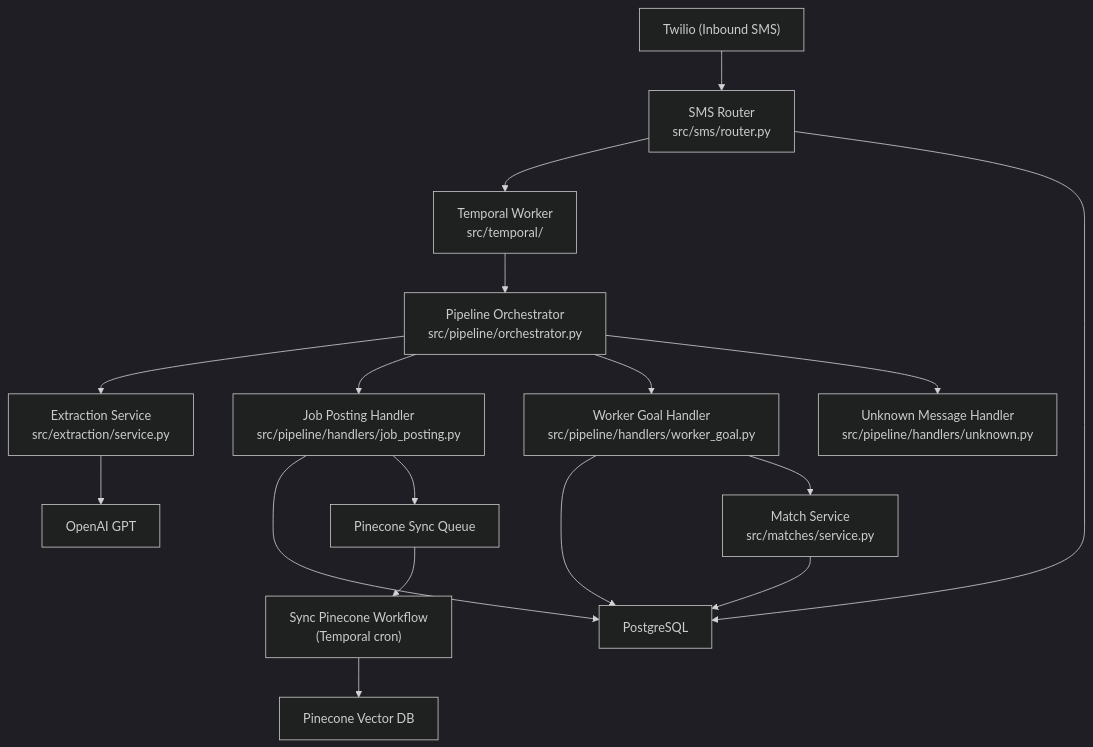
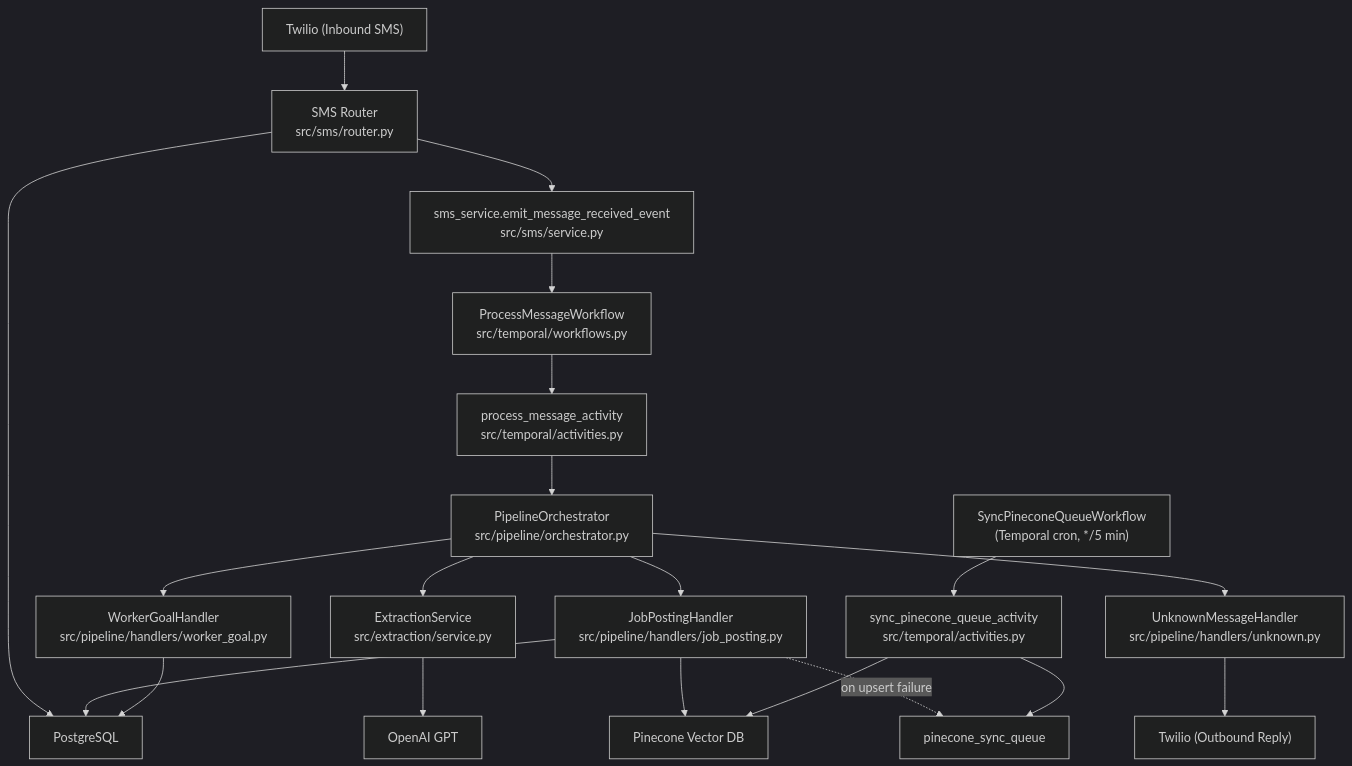
One commit to ahcarpenter/vici changed the diagram in docs/ARCHITECTURE.md. Above: the diagram before and after it, drawn with Mermaid (dark theme). The commit also changed other lines of this file and 6 other files, not shown here.

````diff
--- a/docs/ARCHITECTURE.md
+++ b/docs/ARCHITECTURE.md
@@ -10,19 +10,22 @@
 ```mermaid
 graph TD
-    Twilio["Twilio (Inbound SMS)"] --> Router["SMS Router\nsrc/sms/router.py"]
-    Router --> Temporal["Temporal Worker\nsrc/temporal/"]
-    Temporal --> Orchestrator["Pipeline Orchestrator\nsrc/pipeline/orchestrator.py"]
-    Orchestrator --> Extraction["Extraction Service\nsrc/extraction/service.py"]
+    Twilio["Twilio (Inbound SMS)"] --> Router["SMS Router<br/>src/sms/router.py"]
+    Router --> Postgres["PostgreSQL"]
+    Router --> SmsService["sms_service.emit_message_received_event<br/>src/sms/service.py"]
+    SmsService --> Workflow["ProcessMessageWorkflow<br/>src/temporal/workflows.py"]
+    Workflow --> Activity["process_message_activity<br/>src/temporal/activities.py"]
+    Activity --> Orchestrator["PipelineOrchestrator<br/>src/pipeline/orchestrator.py"]
+    Orchestrator --> Extraction["ExtractionService<br/>src/extraction/service.py"]
     Extraction --> OpenAI["OpenAI GPT"]
-    Orchestrator --> JobHandler["Job Posting Handler\nsrc/pipeline/handlers/job_posting.py"]
-    Orchestrator --> GoalHandler["Worker Goal Handler\nsrc/pipeline/handlers/worker_goal.py"]
-    Orchestrator --> UnknownHandler["Unknown Message Handler\nsrc/pipeline/handlers/unknown.py"]
-    JobHandler --> Postgres["PostgreSQL"]
-    JobHandler --> PineconeQueue["Pinecone Sync Queue"]
+    Orchestrator --> JobHandler["JobPostingHandler<br/>src/pipeline/handlers/job_posting.py"]
+    Orchestrator --> GoalHandler["WorkerGoalHandler<br/>src/pipeline/handlers/worker_goal.py"]
+    Orchestrator --> UnknownHandler["UnknownMessageHandler<br/>src/pipeline/handlers/unknown.py"]
+    JobHandler --> Postgres
+    JobHandler --> Pinecone["Pinecone Vector DB"]
+    JobHandler -. "on upsert failure" .-> SyncQueue["pinecone_sync_queue"]
     GoalHandler --> Postgres
-    GoalHandler --> MatchService["Match Service\nsrc/matches/service.py"]
-    MatchService --> Postgres
-    PineconeQueue --> SyncWorkflow["Sync Pinecone Workflow\n(Temporal cron)"]
-    SyncWorkflow --> Pinecone["Pinecone Vector DB"]
-    Router --> Postgres
+    UnknownHandler --> TwilioOut["Twilio (Outbound Reply)"]
+    CronWorkflow["SyncPineconeQueueWorkflow<br/>(Temporal cron, */5 min)"] --> SyncActivity["sync_pinecone_queue_activity<br/>src/temporal/activities.py"]
+    SyncActivity --> SyncQueue
+    SyncActivity --> Pinecone
 ```
````
